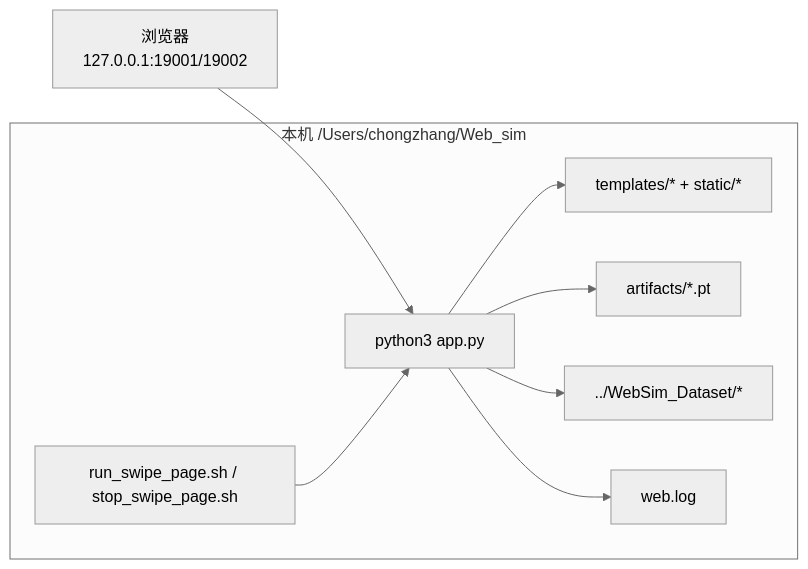
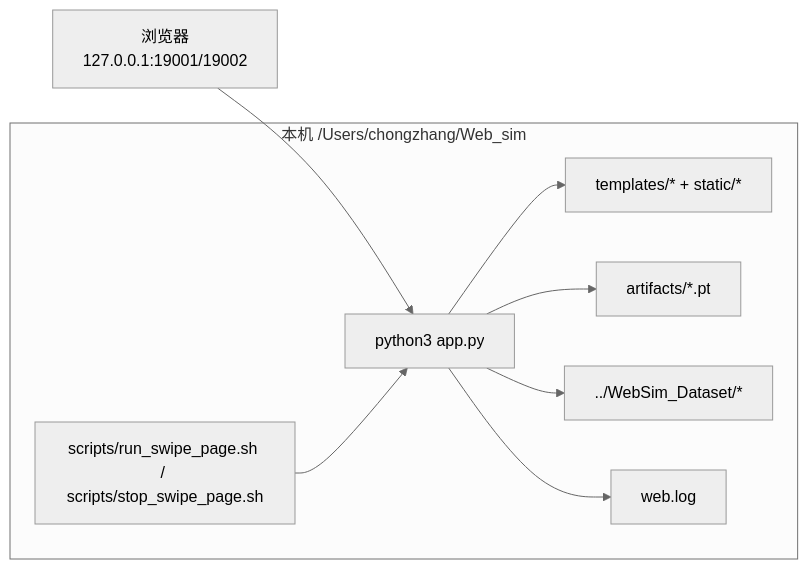
Before and after one commit to franz-chang/Web_simulation: the sixth of 6 diagrams in docs/software_engineering_diagrams.md, drawn with Mermaid (neutral theme). The commit also changed 15 other files, not shown here.

````diff
--- a/docs/software_engineering_diagrams.md
+++ b/docs/software_engineering_diagrams.md
@@ -184,20 +184,20 @@
 ```mermaid
 flowchart LR
   Browser[浏览器\n127.0.0.1:19001/19002]
 
   subgraph Host[本机 /Users/chongzhang/Web_sim]
-    Script[run_swipe_page.sh / stop_swipe_page.sh]
+    Script[scripts/run_swipe_page.sh / scripts/stop_swipe_page.sh]
     FlaskProc[python3 app.py]
     Templates[templates/* + static/*]
     Artifacts[artifacts/*.pt]
     Dataset[../WebSim_Dataset/*]
     Log[web.log]
   end
 
   Browser --> FlaskProc
   Script --> FlaskProc
   FlaskProc --> Templates
   FlaskProc --> Artifacts
   FlaskProc --> Dataset
   FlaskProc --> Log
 ```
````
